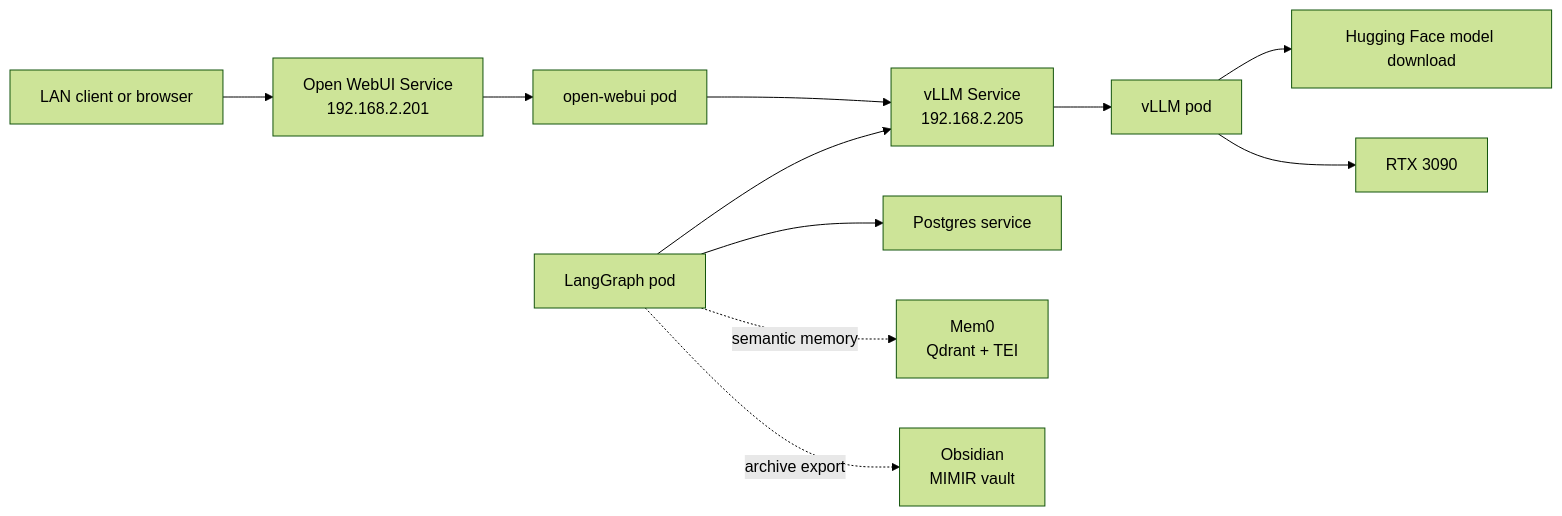
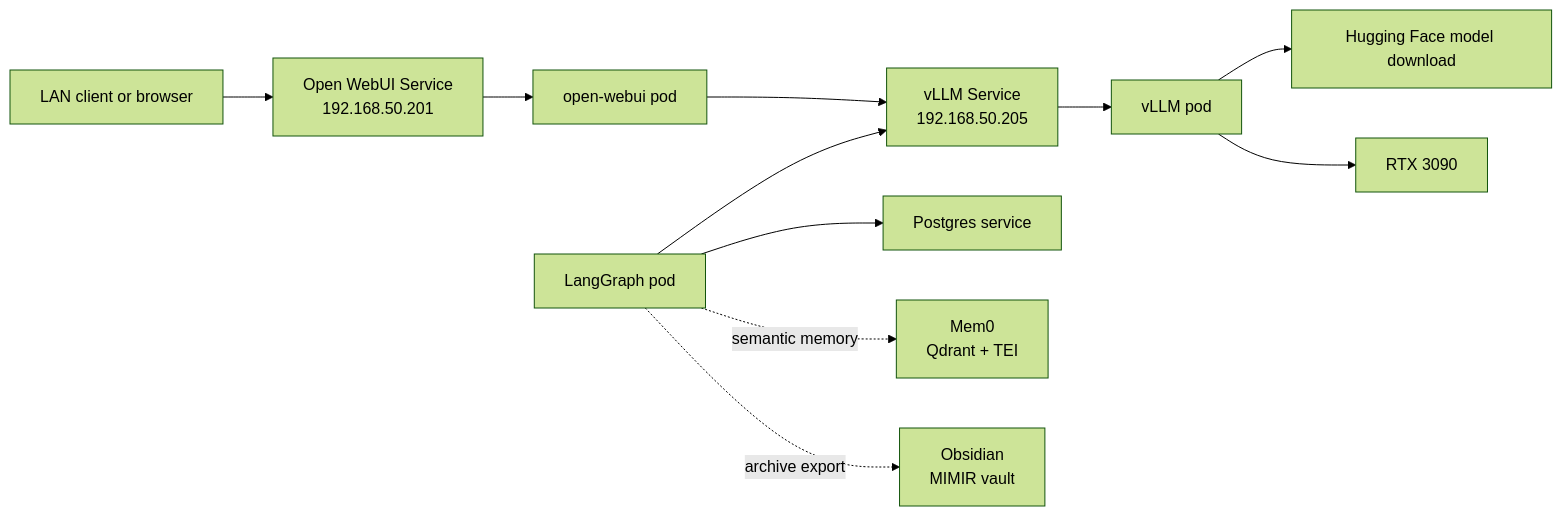
One commit to ixxet/Prometheus changed the third of 4 diagrams in docs/agent-memory-architecture.md. Above: the diagram before and after it, drawn with Mermaid (forest theme). The commit also changed other lines of this file and 18 other files, not shown here.

````diff
--- a/docs/agent-memory-architecture.md
+++ b/docs/agent-memory-architecture.md
@@ -109,17 +109,17 @@
 ```mermaid
 flowchart LR
   client["LAN client or browser"] --> owui_svc["Open WebUI Service
-192.168.2.201"]
+192.168.50.201"]
   owui_svc --> owui_pod["open-webui pod"]
   owui_pod --> vllm_svc["vLLM Service
-192.168.2.205"]
+192.168.50.205"]
   vllm_svc --> vllm_pod["vLLM pod"]
   vllm_pod --> hf["Hugging Face model download"]
   vllm_pod --> gpu["RTX 3090"]
   langgraph["LangGraph pod"] --> pg["Postgres service"]
   langgraph --> vllm_svc
   langgraph -. semantic memory .-> mem0["Mem0
 Qdrant + TEI"]
   langgraph -. archive export .-> obs["Obsidian
 MIMIR vault"]
 ```
````
